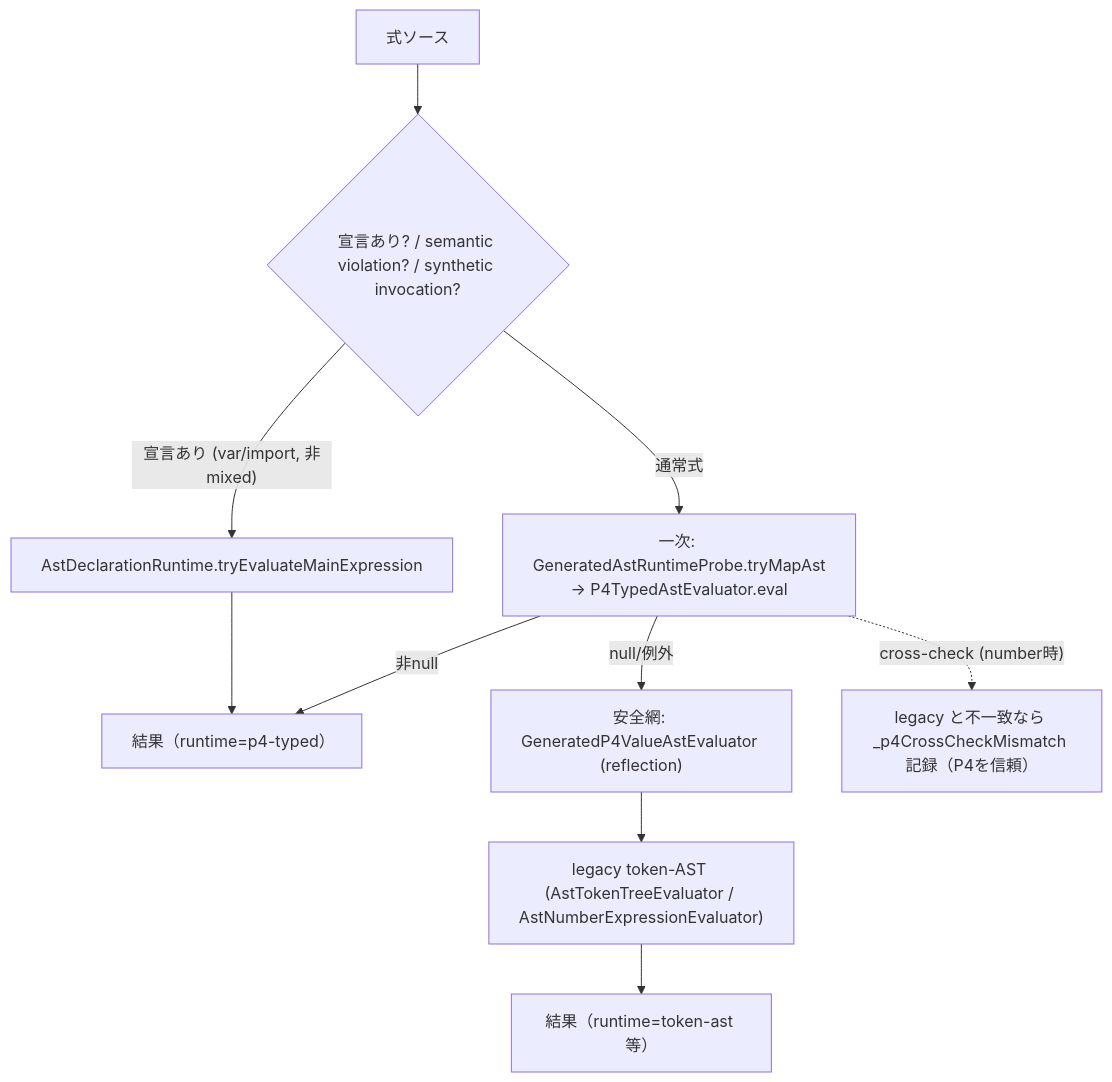
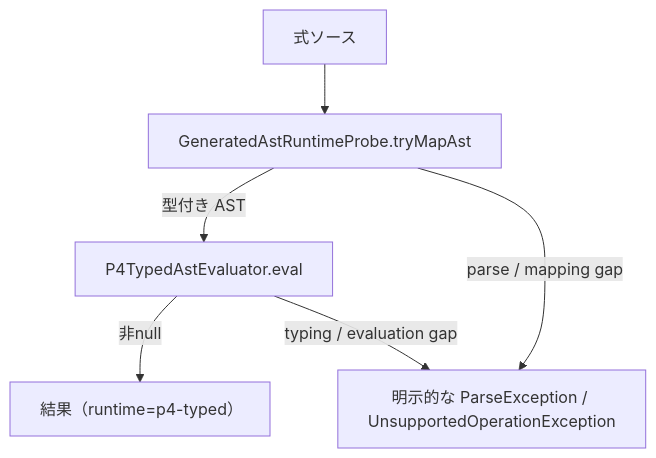
One commit to opaopa6969/tinyexpression changed the fourth of 7 diagrams in docs/architecture-p4.md. Above: the diagram before and after it, drawn with Mermaid. The commit also changed other lines of this file and 40 other files, not shown here.

````diff
--- a/docs/architecture-p4.md
+++ b/docs/architecture-p4.md
@@ -96,12 +98,8 @@
 ```mermaid
 flowchart TD
-  S["式ソース"] --> CHK{"宣言あり? / semantic violation? / synthetic invocation?"}
-  CHK -->|"通常式"| PRIMARY["一次: GeneratedAstRuntimeProbe.tryMapAst<br/>→ P4TypedAstEvaluator.eval"]
-  PRIMARY -->|"非null"| OK["結果（runtime=p4-typed）"]
-  PRIMARY -->|"null/例外"| SAFETY["安全網: GeneratedP4ValueAstEvaluator (reflection)"]
-  CHK -->|"宣言あり (var/import, 非mixed)"| DECL["AstDeclarationRuntime.tryEvaluateMainExpression"]
-  DECL --> OK
-  SAFETY --> LEGACY["legacy token-AST (AstTokenTreeEvaluator / AstNumberExpressionEvaluator)"]
-  LEGACY --> OKL["結果（runtime=token-ast 等）"]
-  PRIMARY -. "cross-check (number時)" .-> XC["legacy と不一致なら _p4CrossCheckMismatch 記録（P4を信頼）"]
+  S["式ソース"] --> PARSE["GeneratedAstRuntimeProbe.tryMapAst"]
+  PARSE -->|"型付き AST"| EVAL["P4TypedAstEvaluator.eval"]
+  EVAL -->|"非null"| OK["結果（runtime=p4-typed）"]
+  PARSE -->|"parse / mapping gap"| FAIL["明示的な ParseException / UnsupportedOperationException"]
+  EVAL -->|"typing / evaluation gap"| FAIL
 ```
````
